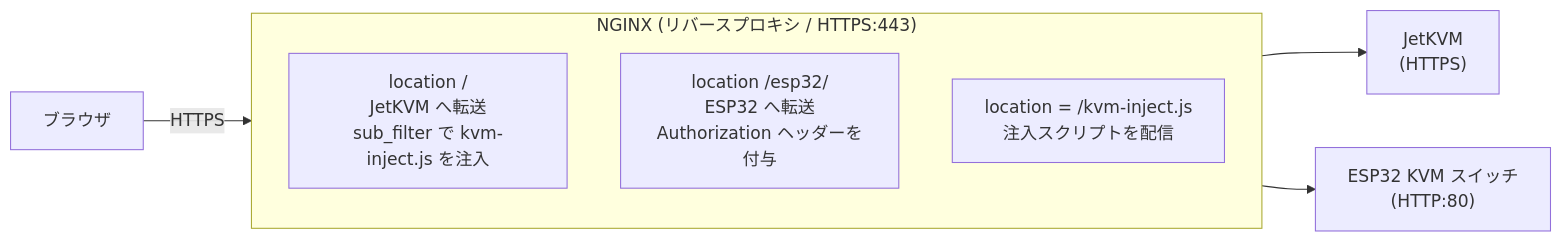
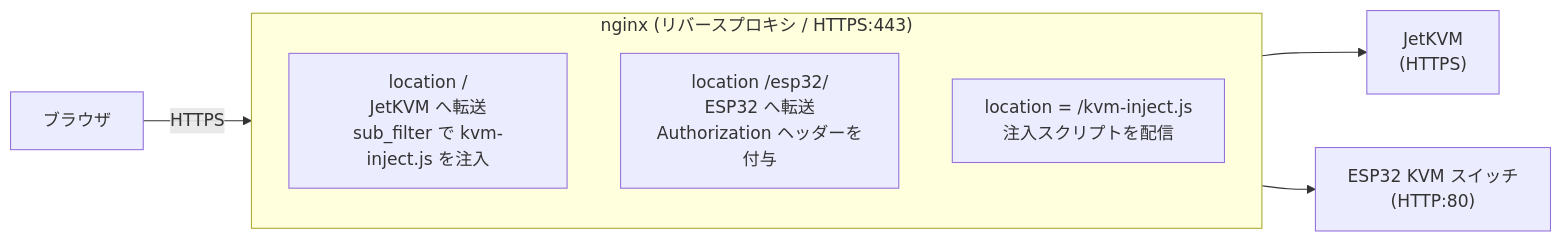
Before and after one commit to gcch/esp32-ip-kvm-switcher: the second of 3 diagrams in README.md, drawn with Mermaid. The commit also changed other lines of this file and 2 other files, not shown here.

````diff
--- a/README.md
+++ b/README.md
@@ -67,18 +69,18 @@
 ```mermaid
 flowchart LR
     Browser["ブラウザ"]
 
-    subgraph Proxy["NGINX (リバースプロキシ / HTTPS:443)"]
+    subgraph Proxy["nginx (リバースプロキシ / HTTPS:443)"]
         direction TB
         Root["location /<br/>JetKVM へ転送<br/>sub_filter で kvm-inject.js を注入"]
         Esp["location /esp32/<br/>ESP32 へ転送<br/>Authorization ヘッダーを付与"]
         Js["location = /kvm-inject.js<br/>注入スクリプトを配信"]
     end
 
     JetKVM["JetKVM<br/>(HTTPS)"]
     ESP32["ESP32 KVM スイッチ<br/>(HTTP:80)"]
 
     Browser -- "HTTPS" --> Proxy
     Root --> JetKVM
     Esp --> ESP32
 ```
````
